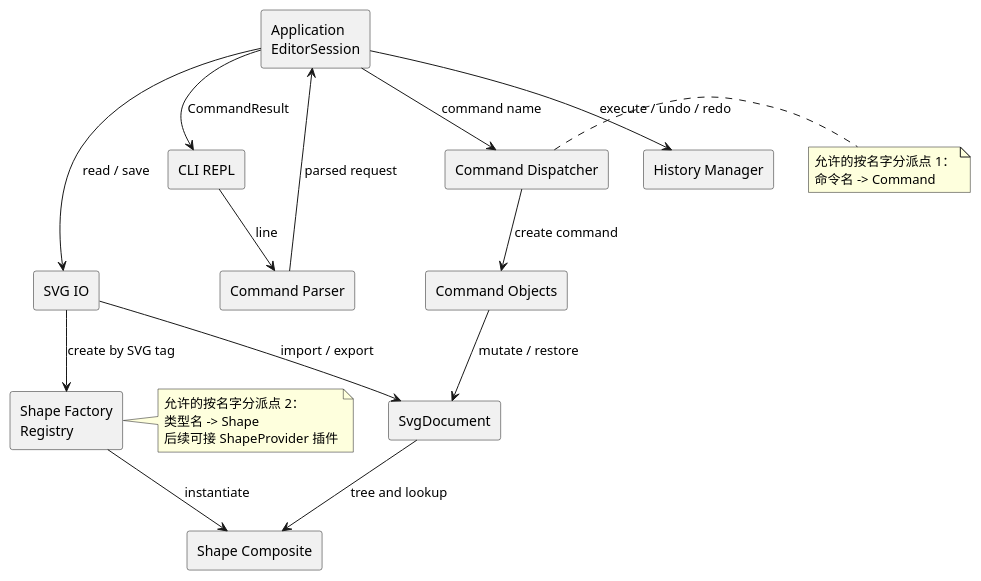
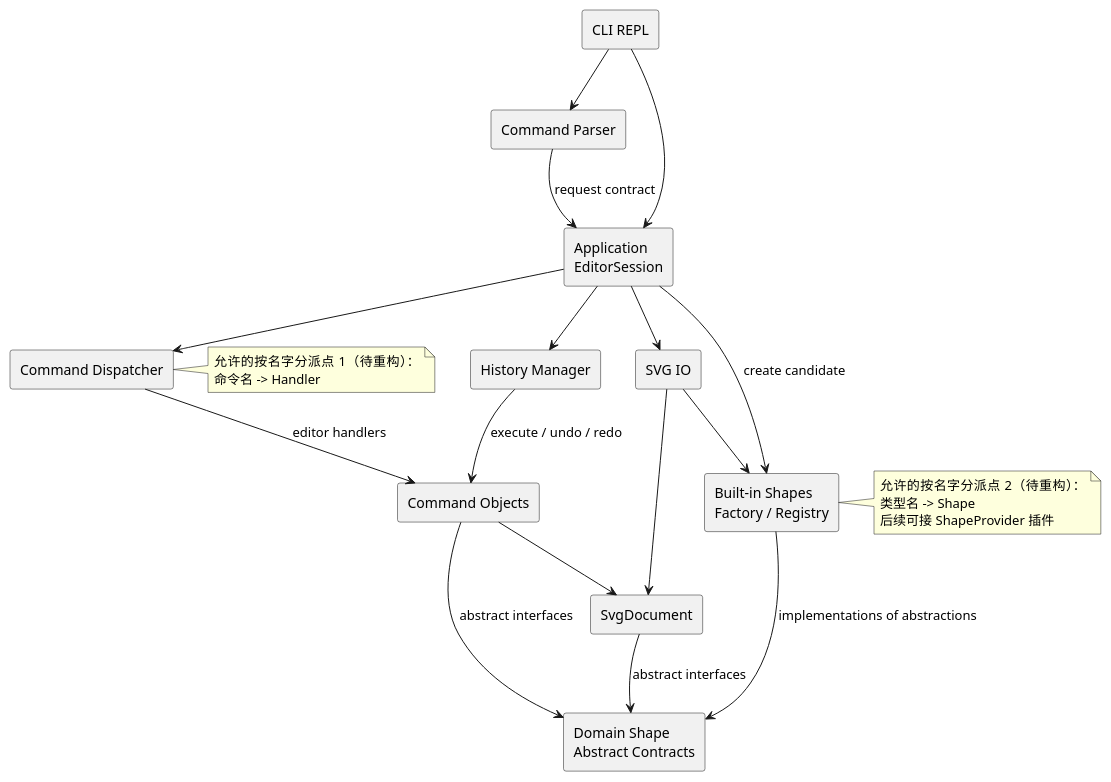
One commit to Mengyzh-2003/SVG-cli changed the diagram in doc/README.md. Above: the diagram before and after it, drawn with PlantUML. The commit also changed other lines of this file and 1 other file, not shown here.

Commit message:
docs: review architecture and add phased development plan

````diff
--- a/doc/README.md
+++ b/doc/README.md
@@ -70,40 +80,43 @@
 ```plantuml
 @startuml
 skinparam componentStyle rectangle
 
 component "CLI REPL" as cli
 component "Command Parser" as parser
 component "Application\nEditorSession" as app
 component "Command Dispatcher" as dispatcher
 component "History Manager" as history
 component "Command Objects" as commands
 component "SVG IO" as io
-component "Shape Factory\nRegistry" as factory
+component "Built-in Shapes\nFactory / Registry" as factory
 component "SvgDocument" as document
-component "Shape Composite" as shapes
+component "Domain Shape\nAbstract Contracts" as shapes
 
-cli --> parser : line
-parser --> app : parsed request
-app --> dispatcher : command name
-dispatcher --> commands : create command
-app --> history : execute / undo / redo
-commands --> document : mutate / restore
-document --> shapes : tree and lookup
-app --> io : read / save
-io --> factory : create by SVG tag
-factory --> shapes : instantiate
-io --> document : import / export
-app --> cli : CommandResult
+cli --> parser
+cli --> app
+parser --> app : request contract
+app --> dispatcher
+app --> history
+app --> factory : create candidate
+dispatcher --> commands : editor handlers
+history --> commands : execute / undo / redo
+commands --> document
+commands --> shapes : abstract interfaces
+document --> shapes : abstract interfaces
+app --> io
+io --> factory
+factory --> shapes : implementations of abstractions
+io --> document
 
 note right of dispatcher
-允许的按名字分派点 1：
-命令名 -> Command
+允许的按名字分派点 1（待重构）：
+命令名 -> Handler
 end note
 
 note right of factory
-允许的按名字分派点 2：
+允许的按名字分派点 2（待重构）：
 类型名 -> Shape
 后续可接 ShapeProvider 插件
 end note
 @enduml
 ```
````
